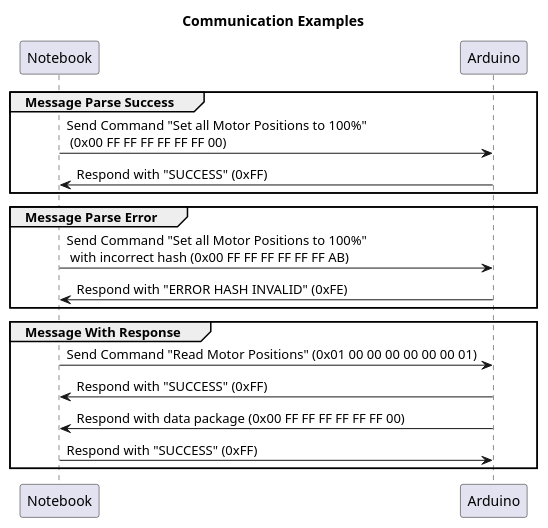
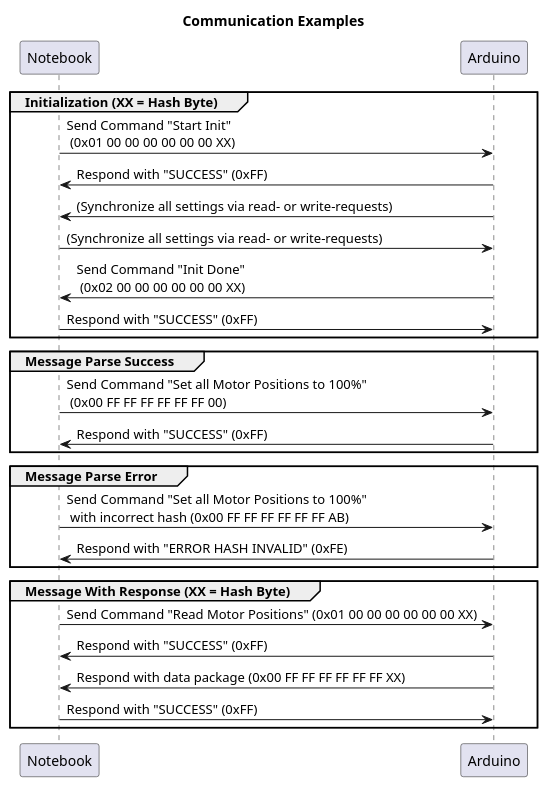
Before and after one commit to ZanyCode/SpeedSeat: the diagram in doc/protocol.puml, drawn with PlantUML. The commit also changed 2 other files, not shown here.

Commit message:
Updated readme with new init-procedure

```diff
--- a/doc/protocol.puml
+++ b/doc/protocol.puml
@@ -1,17 +1,27 @@
 @startuml
 title Communication Examples
+
+group Initialization (XX = Hash Byte)
+    Notebook -> Arduino: Send Command "Start Init"\n (0x01 00 00 00 00 00 00 XX)
+    Arduino -> Notebook: Respond with "SUCCESS" (0xFF)
+    Arduino -> Notebook: (Synchronize all settings via read- or write-requests)
+    Notebook -> Arduino: (Synchronize all settings via read- or write-requests)
+    Arduino -> Notebook: Send Command "Init Done"\n (0x02 00 00 00 00 00 00 XX)
+    Notebook -> Arduino: Respond with "SUCCESS" (0xFF)
+end
+
 group Message Parse Success
     Notebook -> Arduino: Send Command "Set all Motor Positions to 100%"\n (0x00 FF FF FF FF FF FF 00)
     Arduino -> Notebook: Respond with "SUCCESS" (0xFF)
 end
 group Message Parse Error
     Notebook -> Arduino: Send Command "Set all Motor Positions to 100%"\n with incorrect hash (0x00 FF FF FF FF FF FF AB)
     Arduino -> Notebook: Respond with "ERROR HASH INVALID" (0xFE)
 end
-group Message With Response
-    Notebook -> Arduino: Send Command "Read Motor Positions" (0x01 00 00 00 00 00 00 01)
+group Message With Response (XX = Hash Byte)
+    Notebook -> Arduino: Send Command "Read Motor Positions" (0x01 00 00 00 00 00 00 XX)
     Arduino -> Notebook: Respond with "SUCCESS" (0xFF)
-    Arduino -> Notebook: Respond with data package (0x00 FF FF FF FF FF FF 00)
+    Arduino -> Notebook: Respond with data package (0x00 FF FF FF FF FF FF XX)
     Notebook -> Arduino: Respond with "SUCCESS" (0xFF)
 end
 @enduml
```
